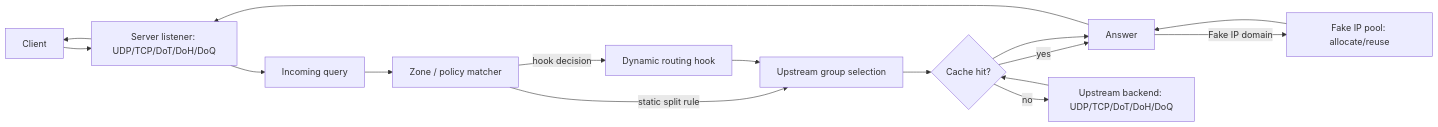
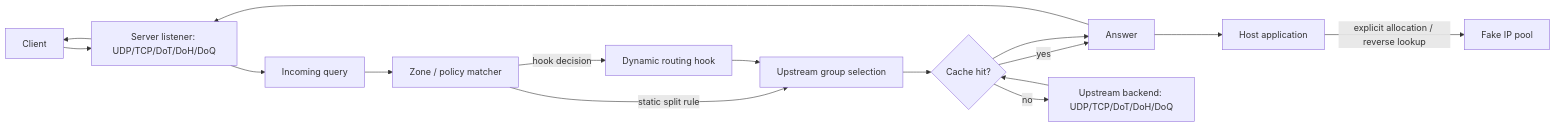
One commit to F000NKKK/dns-lattice changed the first of 2 diagrams in ARCHITECTURE.md. Above: the diagram before and after it, drawn with Mermaid. The commit also changed other lines of this file and 12 other files, not shown here.

````diff
--- a/ARCHITECTURE.md
+++ b/ARCHITECTURE.md
@@ -139,18 +138,18 @@
 ```mermaid
 flowchart LR
     Client[Client] --> Listener[Server listener: UDP/TCP/DoT/DoH/DoQ]
     Listener --> Query[Incoming query]
     Query --> Match[Zone / policy matcher]
     Match -->|hook decision| Hook[Dynamic routing hook]
     Match -->|static split rule| Route[Upstream group selection]
     Hook --> Route
     Route --> Cache{Cache hit?}
     Cache -->|yes| Answer[Answer]
     Cache -->|no| Upstream[Upstream backend: UDP/TCP/DoT/DoH/DoQ]
     Upstream --> Cache
     Cache --> Answer
-    Answer -->|Fake IP domain| FakeIP[Fake IP pool: allocate/reuse]
-    FakeIP --> Answer
+    Answer --> Host[Host application]
+    Host -->|explicit allocation / reverse lookup| FakeIP[Fake IP pool]
     Answer --> Listener
     Listener --> Client
 ```
````
